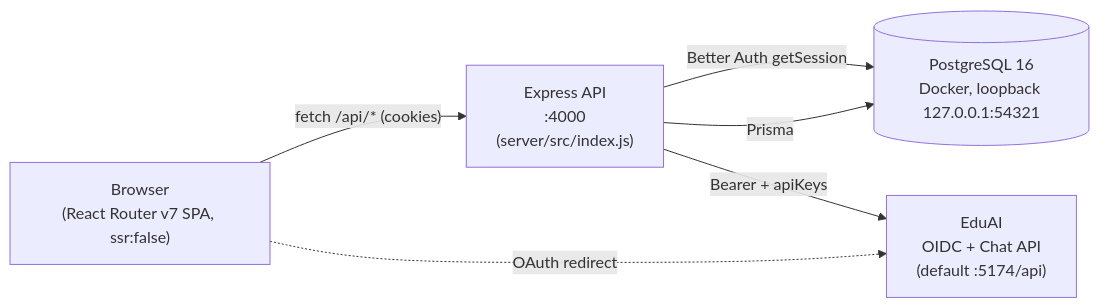
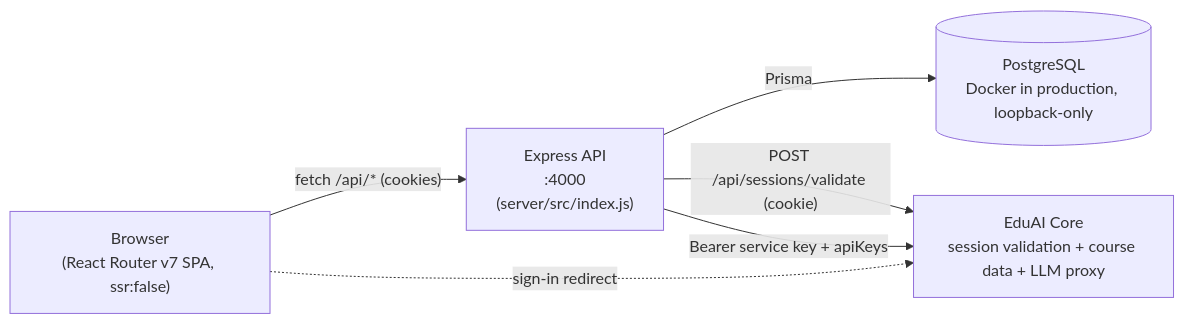
Before and after one commit to EduAI-Lab/EduAI: the first of 4 diagrams in apps/extensions/ai-tutor/docs/ARCHITECTURE.md, drawn with Mermaid. The commit also changed other lines of this file and 10 other files, not shown here.

````diff
--- a/apps/extensions/ai-tutor/docs/ARCHITECTURE.md
+++ b/apps/extensions/ai-tutor/docs/ARCHITECTURE.md
@@ -17,13 +17,13 @@
 ```mermaid
 flowchart LR
     Browser["Browser<br/>(React Router v7 SPA, ssr:false)"]
     API["Express API<br/>:4000<br/>(server/src/index.js)"]
-    DB[("PostgreSQL 16<br/>Docker, loopback 127.0.0.1:54321")]
-    EduAI["EduAI<br/>OIDC + Chat API<br/>(default :5174/api)"]
+    DB[("PostgreSQL<br/>Docker in production, loopback-only")]
+    Core["EduAI Core<br/>session validation + course data + LLM proxy"]
 
     Browser -- "fetch /api/* (cookies)" --> API
-    Browser -. "OAuth redirect" .-> EduAI
+    Browser -. "sign-in redirect" .-> Core
     API -- "Prisma" --> DB
-    API -- "Bearer + apiKeys" --> EduAI
-    API -- "Better Auth getSession" --> DB
+    API -- "POST /api/sessions/validate (cookie)" --> Core
+    API -- "Bearer service key + apiKeys" --> Core
 ```
````
